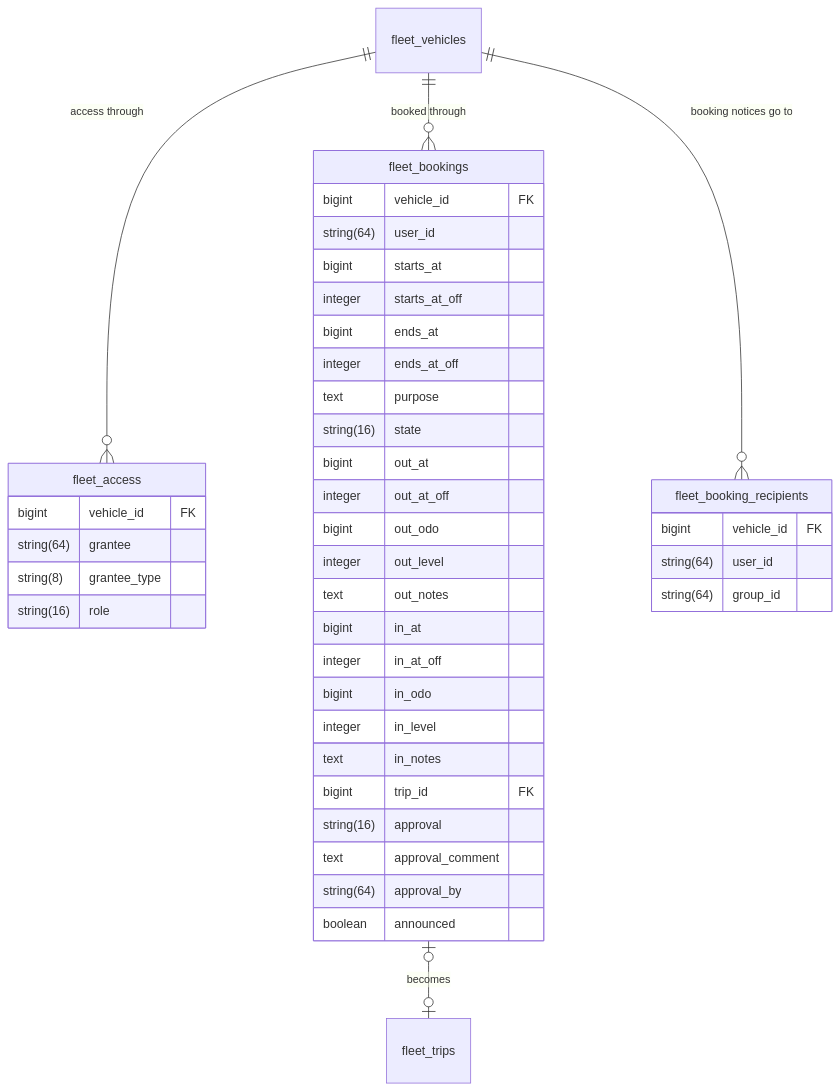
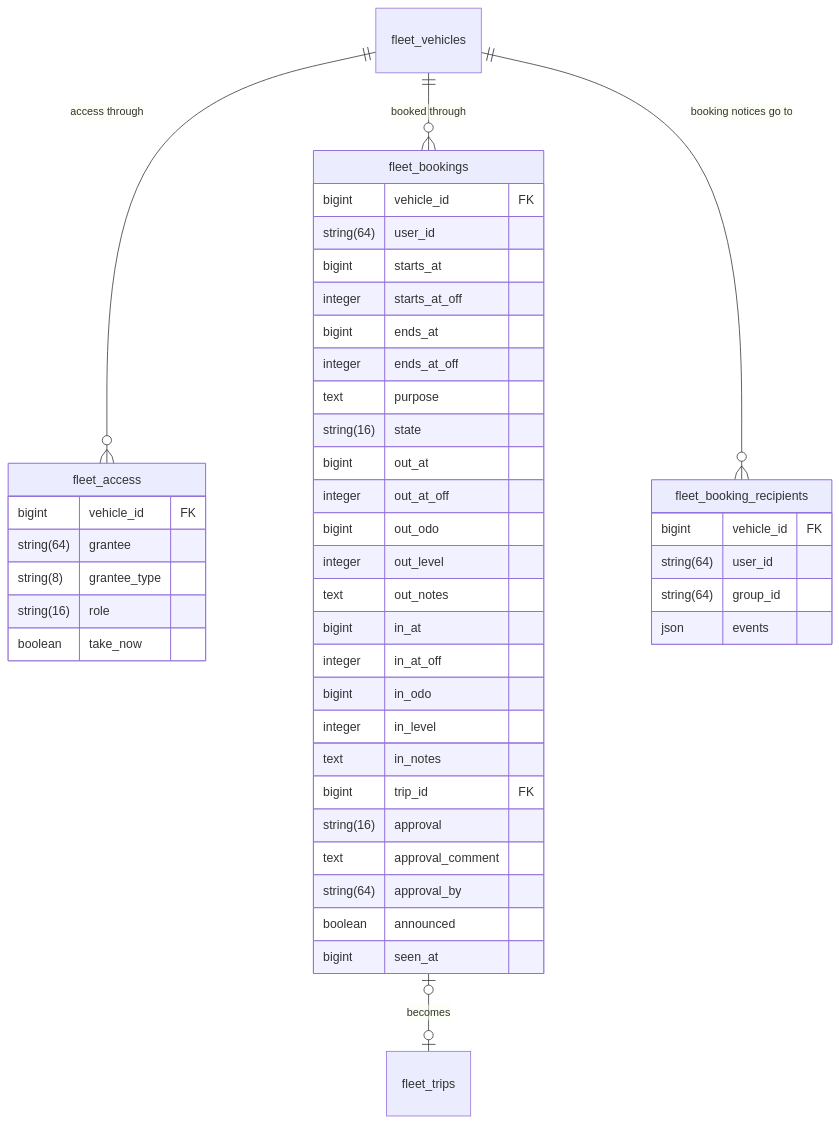
Before and after one commit to typical42/next-fleet: the fourth of 5 diagrams in docs/design/data-model.md, drawn with Mermaid. The commit also changed other lines of this file and 136 other files, not shown here.

````diff
--- a/docs/design/data-model.md
+++ b/docs/design/data-model.md
@@ -208,45 +210,48 @@
 ```mermaid
 erDiagram
     fleet_vehicles ||--o{ fleet_access : "access through"
     fleet_vehicles ||--o{ fleet_bookings : "booked through"
     fleet_vehicles ||--o{ fleet_booking_recipients : "booking notices go to"
     fleet_bookings |o--o| fleet_trips : "becomes"
 
     fleet_booking_recipients {
         bigint vehicle_id FK
         string(64) user_id
         string(64) group_id
+        json events
     }
 
     fleet_access {
         bigint vehicle_id FK
         string(64) grantee
         string(8) grantee_type
         string(16) role
+        boolean take_now
     }
     fleet_bookings {
         bigint vehicle_id FK
         string(64) user_id
         bigint starts_at
         integer starts_at_off
         bigint ends_at
         integer ends_at_off
         text purpose
         string(16) state
         bigint out_at
         integer out_at_off
         bigint out_odo
         integer out_level
         text out_notes
         bigint in_at
         integer in_at_off
         bigint in_odo
         integer in_level
         text in_notes
         bigint trip_id FK
         string(16) approval
         text approval_comment
         string(64) approval_by
         boolean announced
+        bigint seen_at
     }
 ```
````
